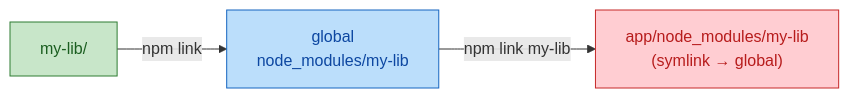
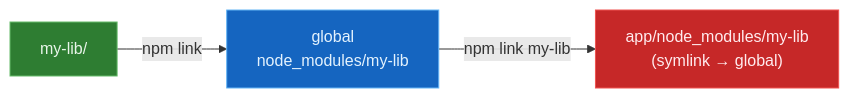
The first of 4 diagrams in docs/comparison.md (oleg-kuibar/plunk), drawn with Mermaid before and after one commit. The commit also changed other lines of this file and 5 other files, not shown here.

First line of the commit message:
docs: use dark-fill mermaid colors for dark-themed UI readability

````diff
--- a/docs/comparison.md
+++ b/docs/comparison.md
@@ -9,9 +9,9 @@
 ```mermaid
 graph LR
     A["my-lib/"] -- "npm link" --> B["global<br/>node_modules/my-lib"]
     B -- "npm link my-lib" --> C["app/node_modules/my-lib<br/>(symlink → global)"]
 
-    style A fill:#c8e6c9,stroke:#2e7d32,color:#1b5e20
-    style B fill:#bbdefb,stroke:#1565c0,color:#0d47a1
-    style C fill:#ffcdd2,stroke:#c62828,color:#b71c1c
+    style A fill:#2e7d32,stroke:#66bb6a,color:#e8f5e9
+    style B fill:#1565c0,stroke:#64b5f6,color:#e3f2fd
+    style C fill:#c62828,stroke:#ef5350,color:#ffebee
 ```
````
